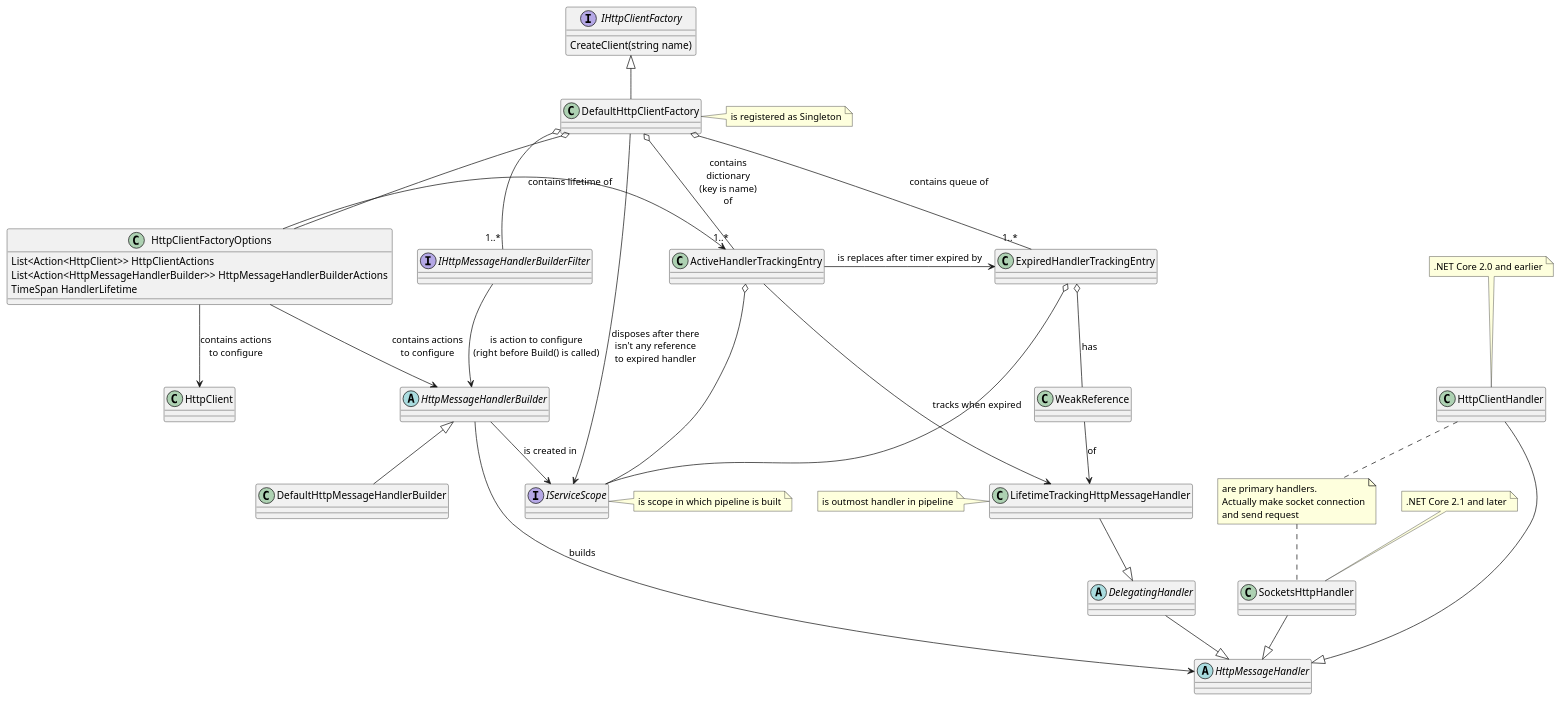
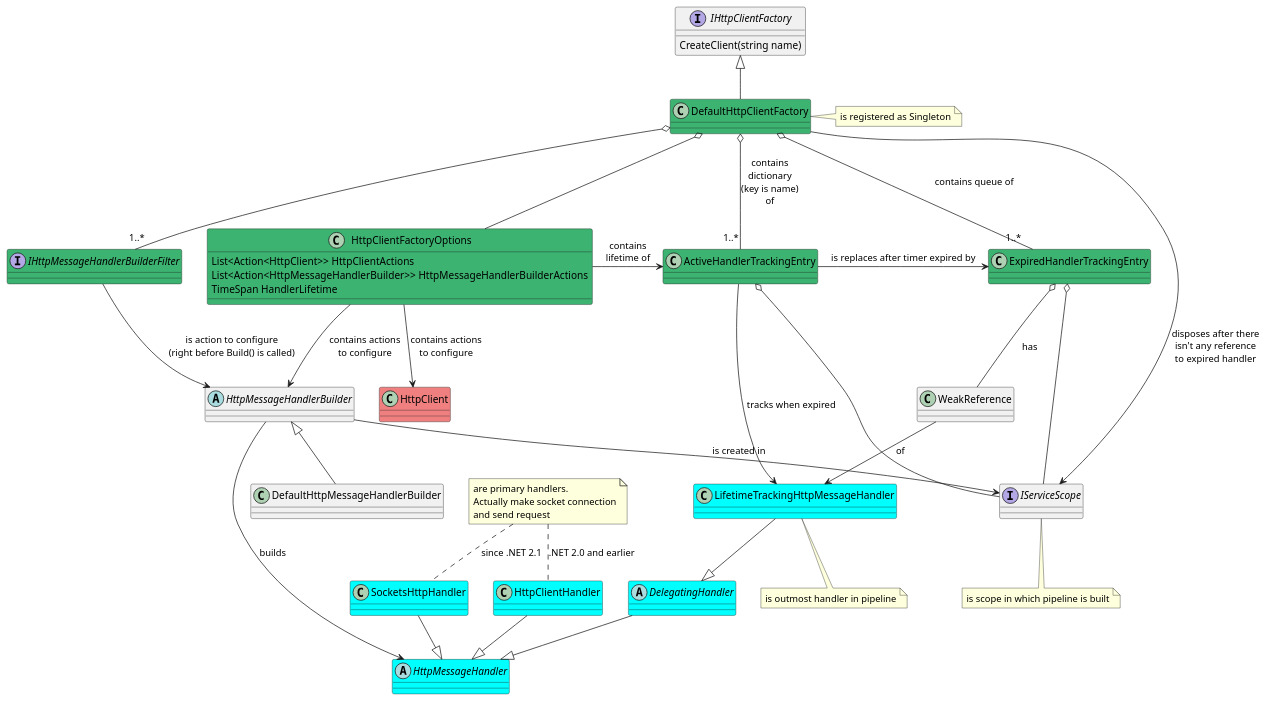
One commit to AndreiGanichev/Student-Notes changed the diagram in HttpClient/HttpClient.puml. Above: the diagram before and after it, drawn with PlantUML.

Commit message:
HttpClient infrastructure. Add colors, tune notes.

```diff
--- a/HttpClient/HttpClient.puml
+++ b/HttpClient/HttpClient.puml
@@ -1,72 +1,69 @@
 @startuml
 
-class HttpClient 
-interface IHttpClientFactory{
+class HttpClient #F08080
+interface IHttpClientFactory {
   CreateClient(string name)
 }
-class DefaultHttpClientFactory
+class DefaultHttpClientFactory #3CB371
 
-abstract HttpMessageHandler
-abstract DelegatingHandler
-class HttpClientHandler
-class SocketsHttpHandler
-class LifetimeTrackingHttpMessageHandler
-
-note top of HttpClientHandler : .NET Core 2.0 and earlier
-note top of SocketsHttpHandler : .NET Core 2.1 and later
+abstract HttpMessageHandler #00FFFF
+abstract DelegatingHandler #00FFFF
+class HttpClientHandler #00FFFF
+class SocketsHttpHandler #00FFFF
+class LifetimeTrackingHttpMessageHandler #00FFFF
 
 
 abstract HttpMessageHandlerBuilder
 class DefaultHttpMessageHandlerBuilder
-interface IHttpMessageHandlerBuilderFilter
+interface IHttpMessageHandlerBuilderFilter #3CB371
 
-class ActiveHandlerTrackingEntry
-class ExpiredHandlerTrackingEntry
+class ActiveHandlerTrackingEntry #3CB371
+class ExpiredHandlerTrackingEntry #3CB371
 class WeakReference
 
-class HttpClientFactoryOptions{
+class HttpClientFactoryOptions #3CB371{
   List<Action<HttpClient>> HttpClientActions
   List<Action<HttpMessageHandlerBuilder>> HttpMessageHandlerBuilderActions
   TimeSpan HandlerLifetime
 }
 
 interface IServiceScope
-note right of IServiceScope : is scope in which pipeline is built
+note bottom of IServiceScope : is scope in which pipeline is built
 
 note right of DefaultHttpClientFactory : is registered as Singleton
 
-note left of LifetimeTrackingHttpMessageHandler : is outmost handler in pipeline
+note bottom of LifetimeTrackingHttpMessageHandler : is outmost handler in pipeline
 note "are primary handlers.\nActually make socket connection\nand send request" as N1
-HttpClientHandler .. N1
-N1 .. SocketsHttpHandler
+HttpClientHandler .up. N1 : .NET 2.0 and earlier
+N1 .. SocketsHttpHandler : since .NET 2.1
 
 DefaultHttpClientFactory -up-|> IHttpClientFactory
 DefaultHttpClientFactory o-- HttpClientFactoryOptions
 DefaultHttpClientFactory o-- "1..*" IHttpMessageHandlerBuilderFilter
 DefaultHttpClientFactory o-- "1..*" ActiveHandlerTrackingEntry : contains\ndictionary\n(key is name)\nof
 DefaultHttpClientFactory o-- "1..*" ExpiredHandlerTrackingEntry : contains queue of
 DefaultHttpClientFactory --> IServiceScope : disposes after there\nisn't any reference\nto expired handler
 
 ActiveHandlerTrackingEntry --> LifetimeTrackingHttpMessageHandler : tracks when expired
 ActiveHandlerTrackingEntry o-- IServiceScope
 ActiveHandlerTrackingEntry -right-> ExpiredHandlerTrackingEntry : is replaces after timer expired by
 ExpiredHandlerTrackingEntry o-- IServiceScope
 ExpiredHandlerTrackingEntry o-- WeakReference : has
 WeakReference --> LifetimeTrackingHttpMessageHandler : of
 HttpMessageHandlerBuilder --> IServiceScope : is created in
 
 DelegatingHandler --|> HttpMessageHandler
 HttpClientHandler --|> HttpMessageHandler
 SocketsHttpHandler --|> HttpMessageHandler
 LifetimeTrackingHttpMessageHandler --|> DelegatingHandler
 
 
 HttpClientFactoryOptions --> HttpClient : contains actions\nto configure
 HttpClientFactoryOptions --> HttpMessageHandlerBuilder : contains actions\nto configure
-HttpClientFactoryOptions -right-> ActiveHandlerTrackingEntry : contains lifetime of
+HttpClientFactoryOptions -right-> ActiveHandlerTrackingEntry : contains\nlifetime of
 
 DefaultHttpMessageHandlerBuilder -up-|> HttpMessageHandlerBuilder
 HttpMessageHandlerBuilder --> HttpMessageHandler : builds
 IHttpMessageHandlerBuilderFilter --> HttpMessageHandlerBuilder : is action to configure\n(right before Build() is called)
 
 @enduml
```
